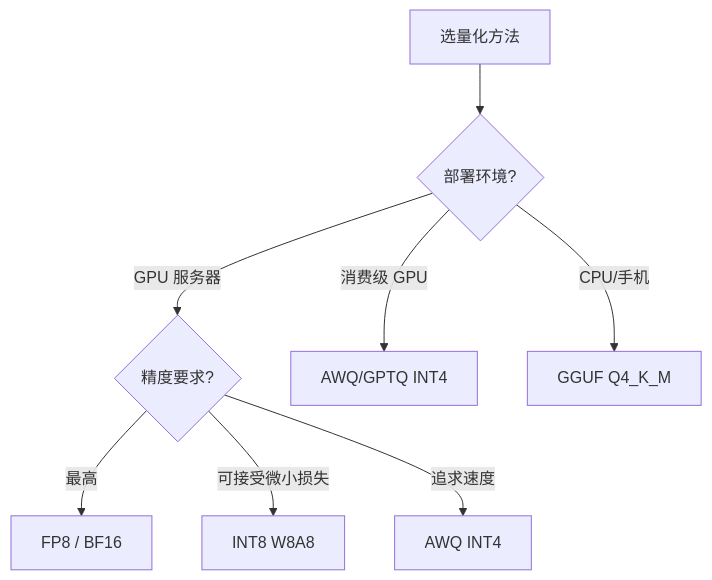
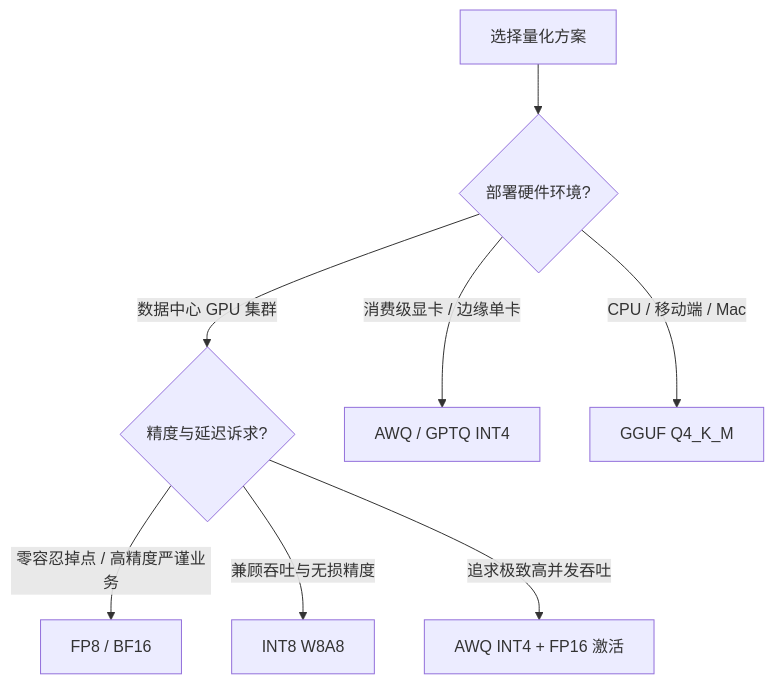
The diagram in chapters/07-inference.md (yingwang/llm-tutorial), drawn with Mermaid before and after one commit. The commit also changed other lines of this file and 29 other files, not shown here.

````diff
--- a/chapters/07-inference.md
+++ b/chapters/07-inference.md
@@ -42,10 +51,10 @@
 ```mermaid
 graph TD
-    A[选量化方法] --> B{部署环境?}
-    B -->|GPU 服务器| C{精度要求?}
-    B -->|消费级 GPU| D[AWQ/GPTQ INT4]
-    B -->|CPU/手机| E[GGUF Q4_K_M]
-    C -->|最高| F[FP8 / BF16]
-    C -->|可接受微小损失| G[INT8 W8A8]
-    C -->|追求速度| H[AWQ INT4]
+    A[选择量化方案] --> B{部署硬件环境?}
+    B -->|数据中心 GPU 集群| C{精度与延迟诉求?}
+    B -->|消费级显卡 / 边缘单卡| D[AWQ / GPTQ INT4]
+    B -->|CPU / 移动端 / Mac| E[GGUF Q4_K_M]
+    C -->|零容忍掉点 / 高精度严谨业务| F[FP8 / BF16]
+    C -->|兼顾吞吐与无损精度| G[INT8 W8A8]
+    C -->|追求极致高并发吞吐| H[AWQ INT4 + FP16 激活]
 ```
````
